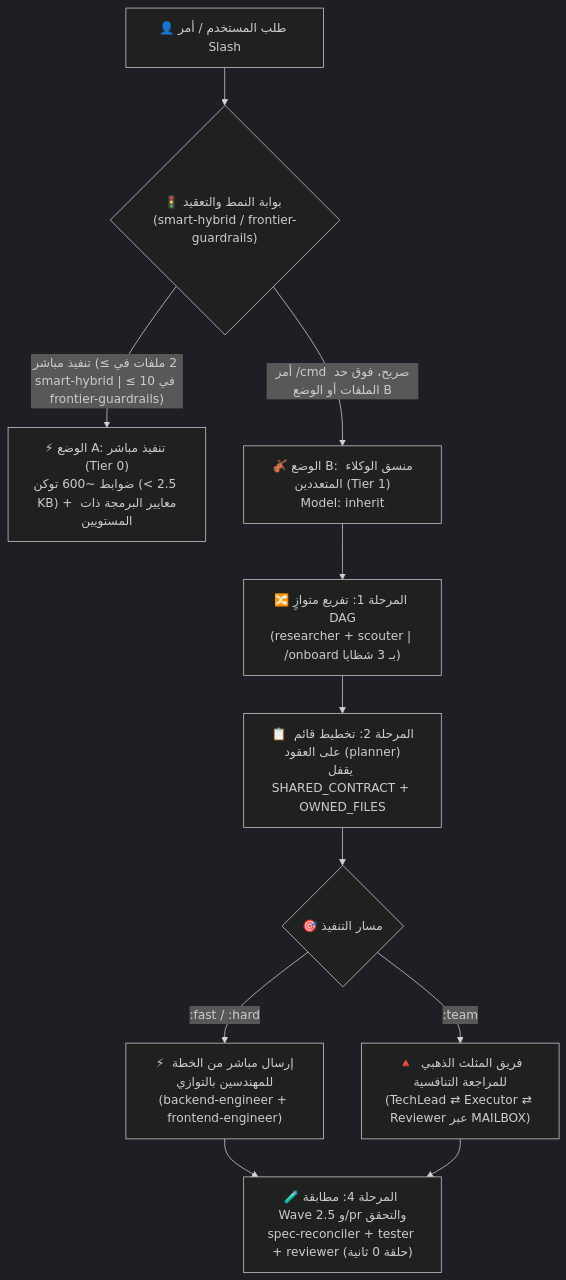
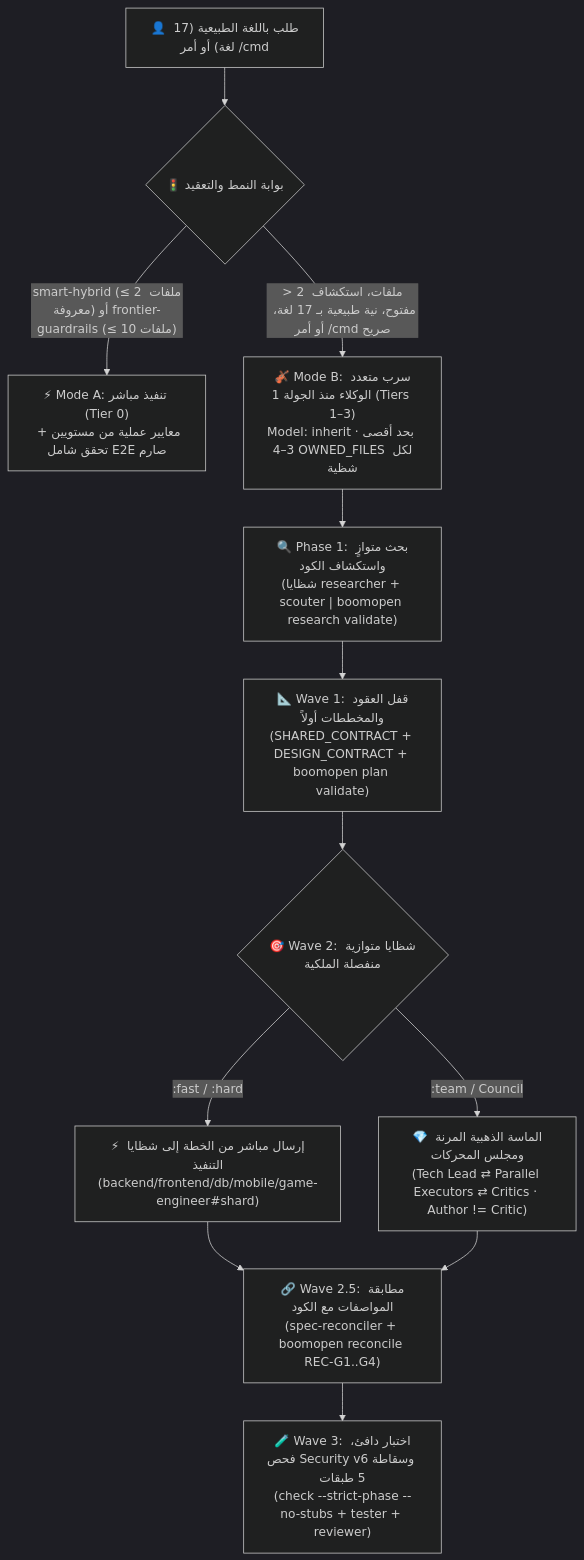
One commit to Kennyboom/BoomOpen-Workflow-Kit-Pro changed the diagram in i18n/README.ar.md. Above: the diagram before and after it, drawn with Mermaid (dark theme). The commit also changed other lines of this file and 21 other files, not shown here.

````diff
--- a/i18n/README.ar.md
+++ b/i18n/README.ar.md
@@ -60,16 +94,17 @@
 ```mermaid
 flowchart TD
-    User["👤 طلب المستخدم / أمر Slash"] --> Gate{"🚦 بوابة النمط والتعقيد (smart-hybrid / frontier-guardrails)"}
-    Gate -->|"تنفيذ مباشر (≤ 2 ملفات في smart-hybrid | ≤ 10 في frontier-guardrails)"| ModeA["⚡ الوضع A: تنفيذ مباشر (Tier 0)<br/>ضوابط ~600 توكن (< 2.5 KB) + معايير البرمجة ذات المستويين"]
-    Gate -->|"أمر /cmd صريح، فوق حد الملفات أو الوضع B"| ModeB["🎻 الوضع B: منسق الوكلاء المتعددين (Tier 1)<br/>Model: inherit"]
+    User["👤 طلب باللغة الطبيعية (17 لغة) أو أمر /cmd"] --> Gate{"🚦 بوابة النمط والتعقيد"}
+    Gate -->|"smart-hybrid (≤ 2 ملفات معروفة) أو frontier-guardrails (≤ 10 ملفات)"| ModeA["⚡ Mode A: تنفيذ مباشر (Tier 0)<br/>معايير عملية من مستويين + تحقق شامل E2E صارم"]
+    Gate -->|"> 2 ملفات، استكشاف مفتوح، نية طبيعية بـ 17 لغة، أو أمر /cmd صريح"| ModeB["🎻 Mode B: سرب متعدد الوكلاء منذ الجولة 1 (Tiers 1–3)<br/>Model: inherit · بحد أقصى 3–4 OWNED_FILES لكل شظية"]
 
-    ModeB --> FanOut["🔀 المرحلة 1: تفريع متوازٍ DAG<br/>(researcher + scouter | /onboard بـ 3 شظايا)"]
-    FanOut --> Plan["📋 المرحلة 2: تخطيط قائم على العقود (planner)<br/>يقفل SHARED_CONTRACT + OWNED_FILES"]
-    Plan --> Dispatch{"🎯 مسار التنفيذ"}
+    ModeB --> Wave0["🔍 Phase 1: بحث متوازٍ واستكشاف الكود<br/>(شظايا researcher + scouter | boomopen research validate)"]
+    Wave0 --> Wave1["📐 Wave 1: قفل العقود والمخططات أولاً<br/>(SHARED_CONTRACT + DESIGN_CONTRACT + boomopen plan validate)"]
+    Wave1 --> Wave2{"🎯 Wave 2: شظايا متوازية منفصلة الملكية"}
 
-    Dispatch -->|":fast / :hard"| Direct["⚡ إرسال مباشر من الخطة للمهندسين بالتوازي<br/>(backend-engineer + frontend-engineer)"]
-    Dispatch -->|":team"| Triangle["🔺 فريق المثلث الذهبي للمراجعة التنافسية<br/>(TechLead ⇄ Executor ⇄ Reviewer عبر MAILBOX)"]
+    Wave2 -->|":fast / :hard"| Direct["⚡ إرسال مباشر من الخطة إلى شظايا التنفيذ<br/>(backend/frontend/db/mobile/game-engineer#shard)"]
+    Wave2 -->|":team / Council"| Diamond["💎 الماسة الذهبية المرنة ومجلس المحركات<br/>(Tech Lead ⇄ Parallel Executors ⇄ Critics · Author != Critic)"]
 
-    Direct --> Verify["🧪 المرحلة 4: مطابقة Wave 2.5 و/pr والتحقق<br/>spec-reconciler + tester + reviewer (حلقة 0 ثانية)"]
-    Triangle --> Verify
+    Direct --> Wave25["🔗 Wave 2.5: مطابقة المواصفات مع الكود<br/>(spec-reconciler + boomopen reconcile REC-G1..G4)"]
+    Diamond --> Wave25
+    Wave25 --> Wave3["🧪 Wave 3: اختبار دافئ، فحص Security v6 وسقاطة 5 طبقات<br/>(check --strict-phase --no-stubs + tester + reviewer)"]
 ```
````
